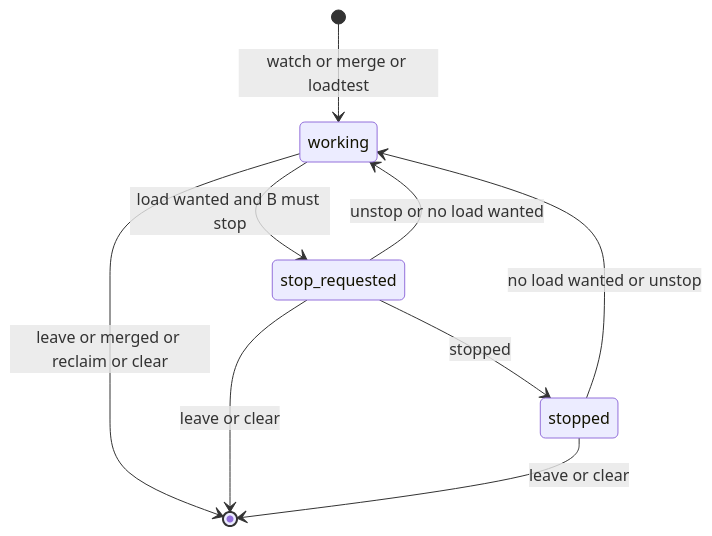
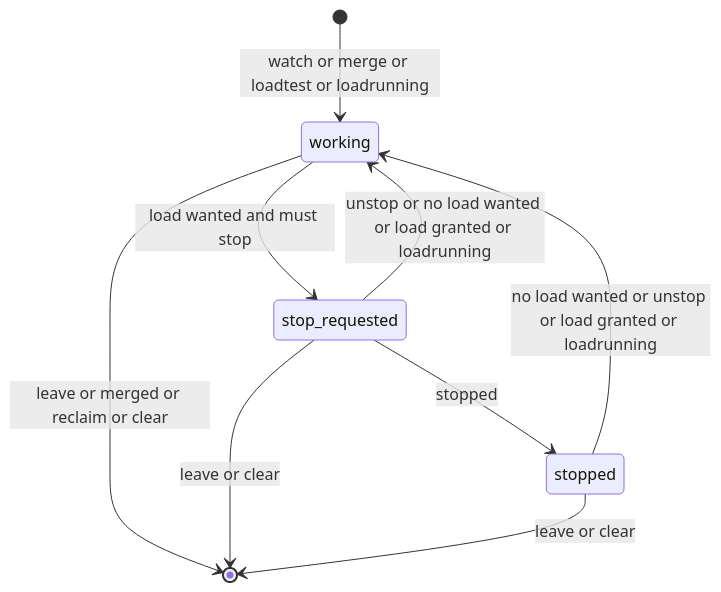
One commit to ekicyou/areka changed the fifth of 5 diagrams in .kiro/specs/areka-P0-impl-watch/design.md. Above: the diagram before and after it, drawn with Mermaid. The commit also changed other lines of this file and 2 other files, not shown here.

First line of the commit message:
docs(areka-P0-impl-watch): reflect the nine approved rulings and the as-built design in the spec

````diff
--- a/.kiro/specs/areka-P0-impl-watch/design.md
+++ b/.kiro/specs/areka-P0-impl-watch/design.md
@@ -257,11 +308,11 @@
 ```mermaid
 stateDiagram-v2
-    [*] --> working: watch or merge or loadtest
-    working --> stop_requested: load wanted and B must stop
+    [*] --> working: watch or merge or loadtest or loadrunning
+    working --> stop_requested: load wanted and must stop
     stop_requested --> stopped: stopped
-    stop_requested --> working: unstop or no load wanted
-    stopped --> working: no load wanted or unstop
+    stop_requested --> working: unstop or no load wanted or load granted or loadrunning
+    stopped --> working: no load wanted or unstop or load granted or loadrunning
     working --> [*]: leave or merged or reclaim or clear
     stop_requested --> [*]: leave or clear
     stopped --> [*]: leave or clear
 ```
````
